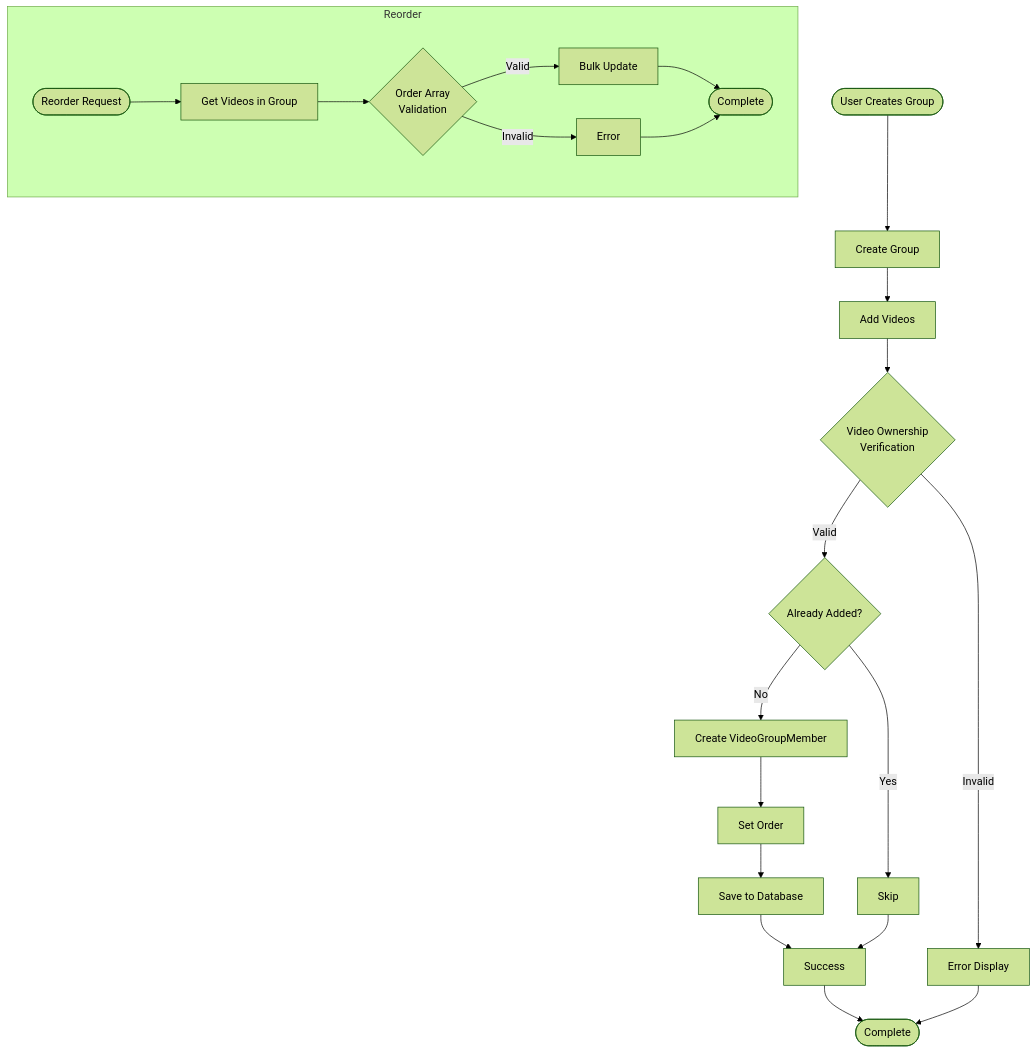
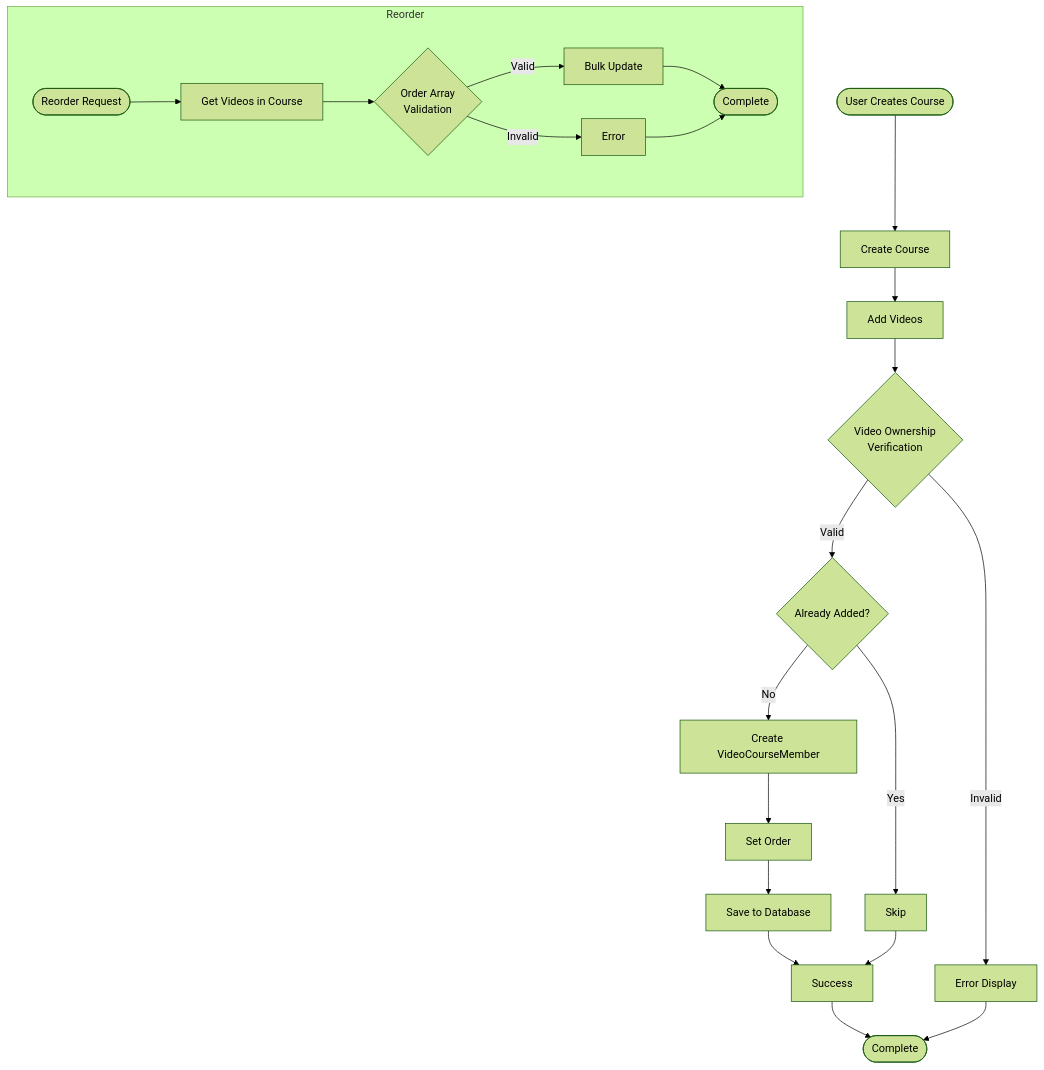
The fifth of 8 diagrams in docs/requirements/activity-diagram.md (yukiharada1228/videoq), drawn with Mermaid (forest theme) before and after one commit. The commit also changed other lines of this file and 140 other files, not shown here.

````diff
--- a/docs/requirements/activity-diagram.md
+++ b/docs/requirements/activity-diagram.md
@@ -141,26 +141,26 @@
 ```mermaid
 flowchart TD
-    Start([User Creates Group]) --> CreateGroup[Create Group]
+    Start([User Creates Course]) --> CreateGroup[Create Course]
     CreateGroup --> AddVideos[Add Videos]
     AddVideos --> ValidateVideos{"Video Ownership<br>Verification"}
     ValidateVideos -->|Invalid| Error1[Error Display]
     ValidateVideos -->|Valid| CheckDuplicate{Already Added?}
     CheckDuplicate -->|Yes| Skip[Skip]
-    CheckDuplicate -->|No| CreateMember[Create VideoGroupMember]
+    CheckDuplicate -->|No| CreateMember[Create VideoCourseMember]
     CreateMember --> SetOrder[Set Order]
     SetOrder --> Save[Save to Database]
     Save --> Success[Success]
     Success --> End([Complete])
     
     Skip --> Success
     Error1 --> End
     
     subgraph Reorder[Reorder]
-        ReorderStart([Reorder Request]) --> GetVideos[Get Videos in Group]
+        ReorderStart([Reorder Request]) --> GetVideos[Get Videos in Course]
         GetVideos --> ValidateOrder{"Order Array<br>Validation"}
         ValidateOrder -->|Invalid| Error2[Error]
         ValidateOrder -->|Valid| UpdateOrder[Bulk Update]
         UpdateOrder --> ReorderEnd([Complete])
         Error2 --> ReorderEnd
     end
 ```
````
